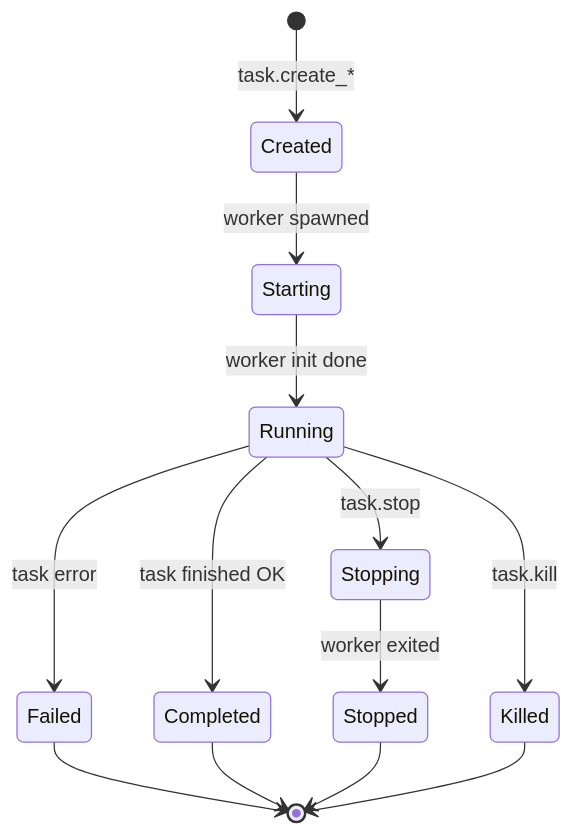
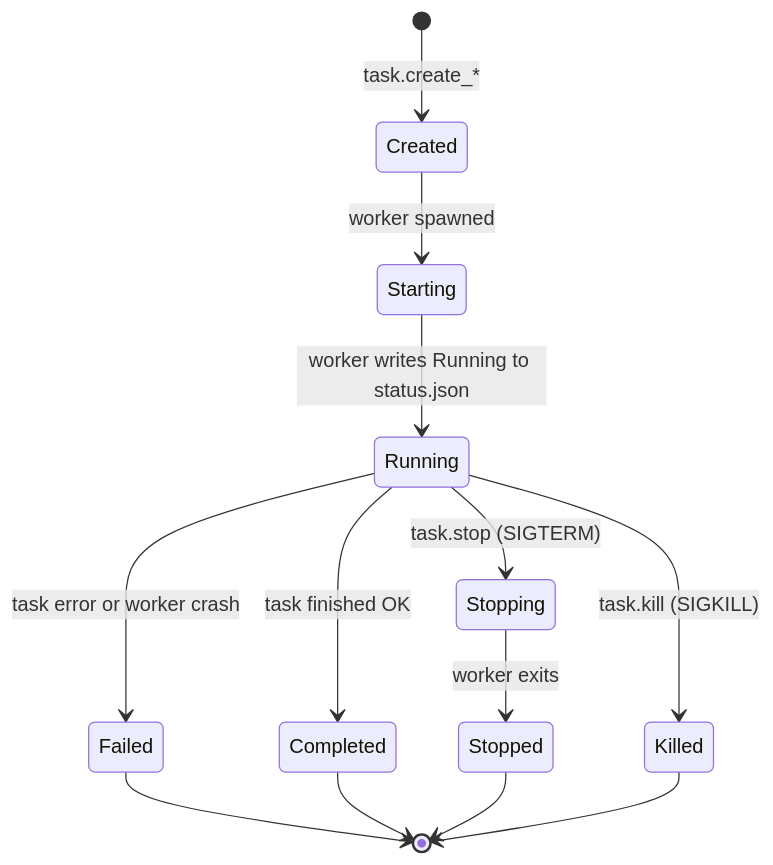
The second of 2 diagrams in wiki/docs/reference/fptserver.md (XUranus/fpt-rs), drawn with Mermaid before and after one commit. The commit also changed other lines of this file and 60 other files, not shown here.

First line of the commit message:
Enhance wiki: code snippets, mermaid diagrams, i18n zh-CN support

````diff
--- a/wiki/docs/reference/fptserver.md
+++ b/wiki/docs/reference/fptserver.md
@@ -251,15 +355,15 @@
 ```mermaid
 stateDiagram-v2
     [*] --> Created: task.create_*
     Created --> Starting: worker spawned
-    Starting --> Running: worker init done
+    Starting --> Running: worker writes Running to status.json
     Running --> Completed: task finished OK
-    Running --> Failed: task error
-    Running --> Stopping: task.stop
-    Stopping --> Stopped: worker exited
-    Running --> Killed: task.kill
+    Running --> Failed: task error or worker crash
+    Running --> Stopping: task.stop (SIGTERM)
+    Stopping --> Stopped: worker exits
+    Running --> Killed: task.kill (SIGKILL)
     Failed --> [*]
     Completed --> [*]
     Stopped --> [*]
     Killed --> [*]
 ```
````
